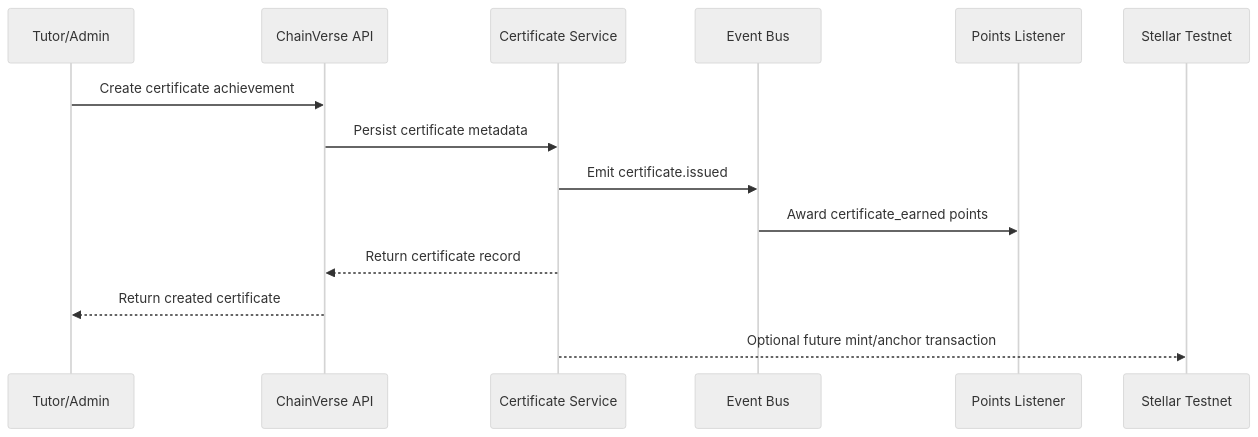
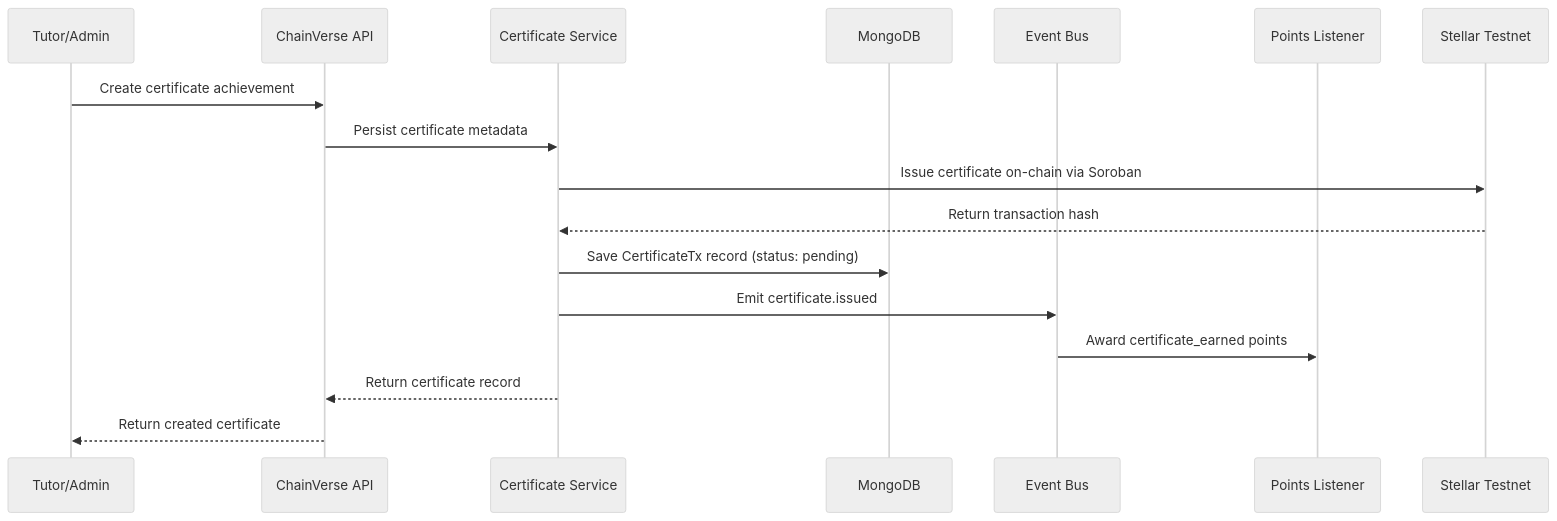
Before and after one commit to Gen-x-academy/chainVerse-backend: the second of 2 diagrams in docs/stellar-wave/INTEGRATION.md, drawn with Mermaid (neutral theme). The commit also changed other lines of this file and 8 other files, not shown here.

````diff
--- a/docs/stellar-wave/INTEGRATION.md
+++ b/docs/stellar-wave/INTEGRATION.md
@@ -80,17 +88,20 @@
 ```mermaid
 sequenceDiagram
     participant Tutor as Tutor/Admin
     participant API as ChainVerse API
     participant Cert as Certificate Service
+    participant DB as MongoDB
     participant Events as Event Bus
     participant Points as Points Listener
     participant Stellar as Stellar Testnet
 
     Tutor->>API: Create certificate achievement
     API->>Cert: Persist certificate metadata
+    Cert->>Stellar: Issue certificate on-chain via Soroban
+    Stellar-->>Cert: Return transaction hash
+    Cert->>DB: Save CertificateTx record (status: pending)
     Cert->>Events: Emit certificate.issued
     Events->>Points: Award certificate_earned points
     Cert-->>API: Return certificate record
     API-->>Tutor: Return created certificate
-    Cert-->>Stellar: Optional future mint/anchor transaction
 ```
````
